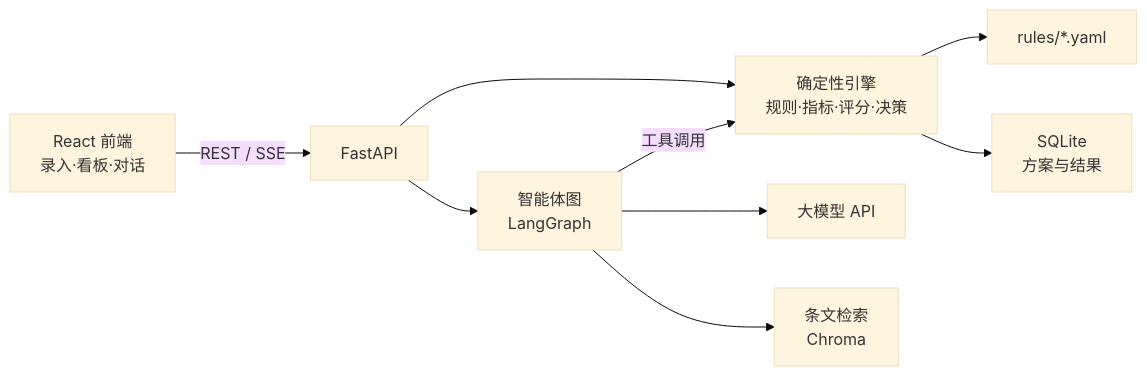
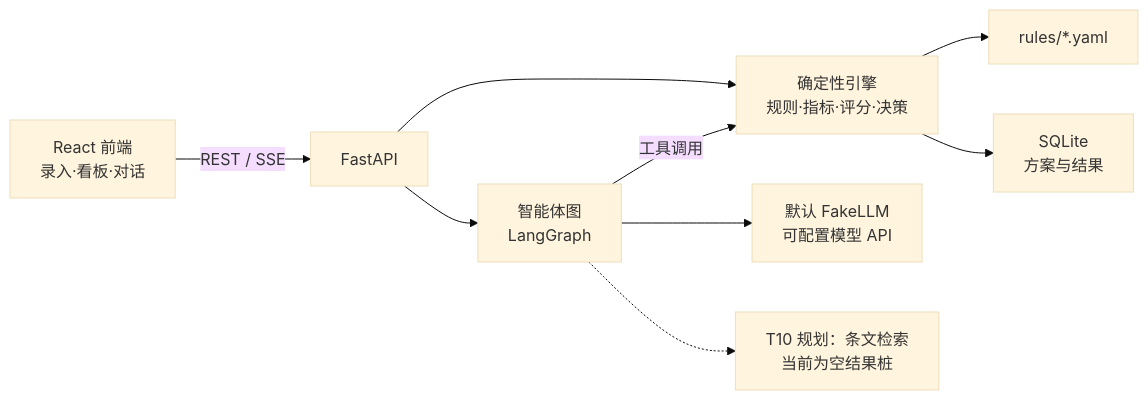
Before and after one commit to Jnove/Steelyard: the first of 2 diagrams in Agent.md, drawn with Mermaid (base theme). The commit also changed other lines of this file and 20 other files, not shown here.

````diff
--- a/Agent.md
+++ b/Agent.md
@@ -36,11 +38,11 @@
 ```mermaid
 flowchart LR
   UI["React 前端<br/>录入·看板·对话"] -->|REST / SSE| API["FastAPI"]
   API --> ENG["确定性引擎<br/>规则·指标·评分·决策"]
   API --> AG["智能体图<br/>LangGraph"]
   AG -->|工具调用| ENG
-  AG --> LLM["大模型 API"]
-  AG --> RAG["条文检索<br/>Chroma"]
+  AG --> LLM["默认 FakeLLM<br/>可配置模型 API"]
+  AG -.-> RAG["T10 规划：条文检索<br/>当前为空结果桩"]
   ENG --> RULES["rules/*.yaml"]
   ENG --> DB["SQLite<br/>方案与结果"]
 ```
````
